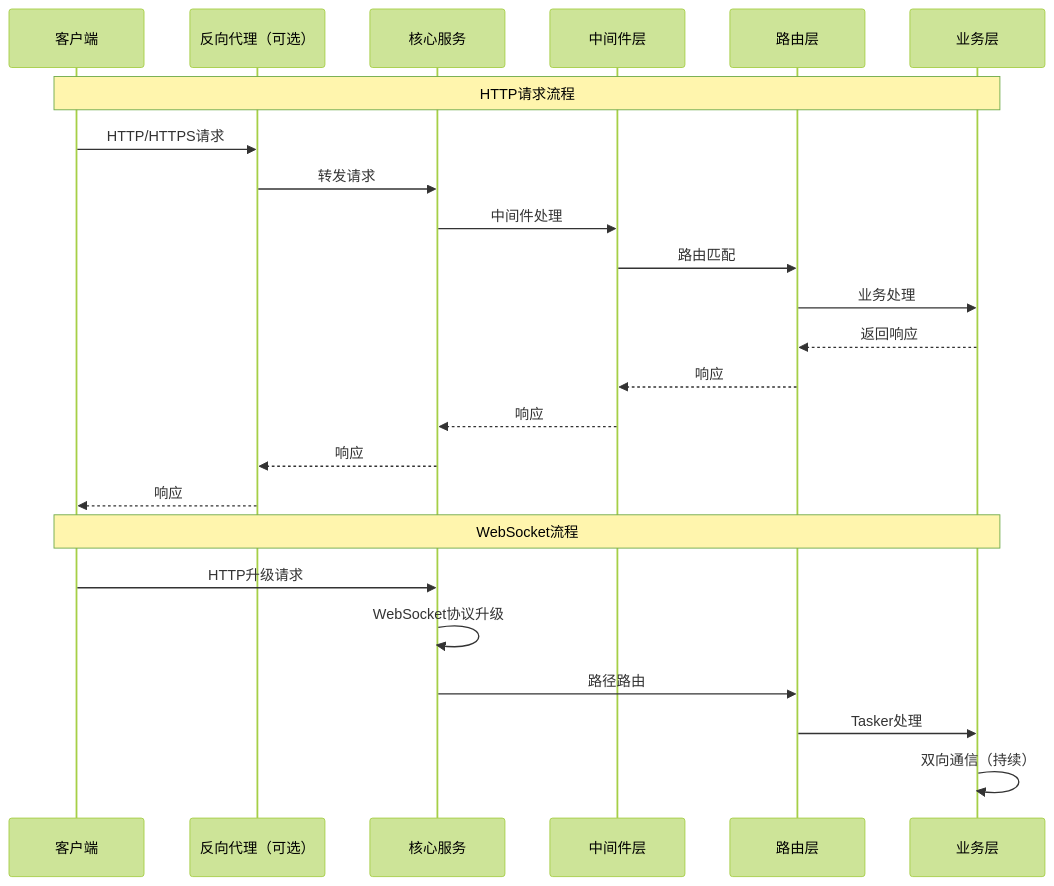
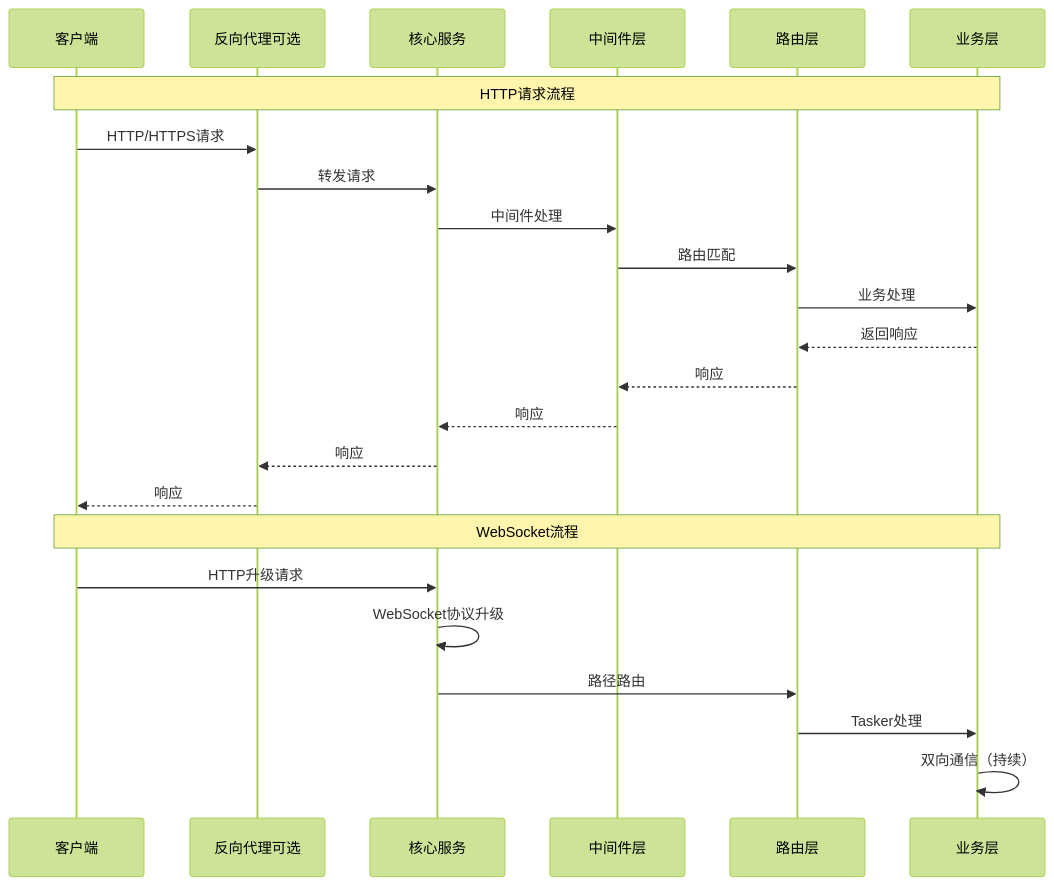
One commit to sunflowermm/XRK-AGT changed the second of 13 diagrams in docs/server.md. Above: the diagram before and after it, drawn with Mermaid (forest theme). The commit also changed other lines of this file and 3 other files, not shown here.

````diff
--- a/docs/server.md
+++ b/docs/server.md
@@ -123,28 +123,28 @@
 ```mermaid
 sequenceDiagram
     participant Client as 客户端
-    participant Proxy as 反向代理（可选）
+    participant Proxy as 反向代理可选
     participant Server as 核心服务
     participant Middleware as 中间件层
     participant Route as 路由层
     participant Business as 业务层
     
     Note over Client,Business: HTTP请求流程
     Client->>Proxy: HTTP/HTTPS请求
     Proxy->>Server: 转发请求
     Server->>Middleware: 中间件处理
     Middleware->>Route: 路由匹配
     Route->>Business: 业务处理
     Business-->>Route: 返回响应
     Route-->>Middleware: 响应
     Middleware-->>Server: 响应
     Server-->>Proxy: 响应
     Proxy-->>Client: 响应
     
     Note over Client,Business: WebSocket流程
     Client->>Server: HTTP升级请求
     Server->>Server: WebSocket协议升级
     Server->>Route: 路径路由
     Route->>Business: Tasker处理
     Business->>Business: 双向通信（持续）
 ```
````
